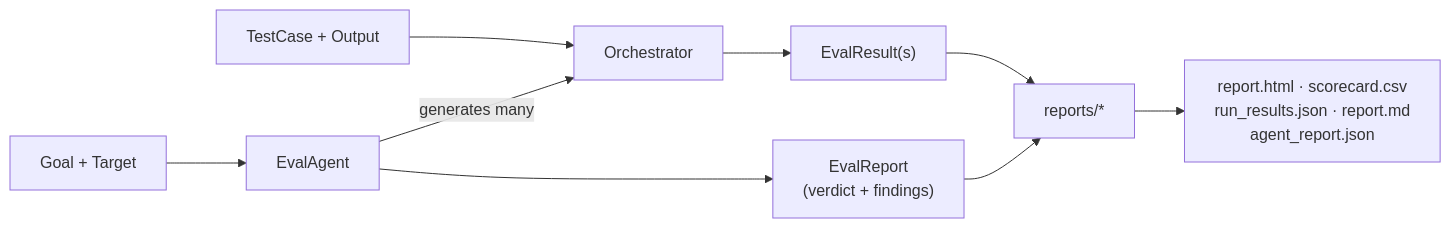
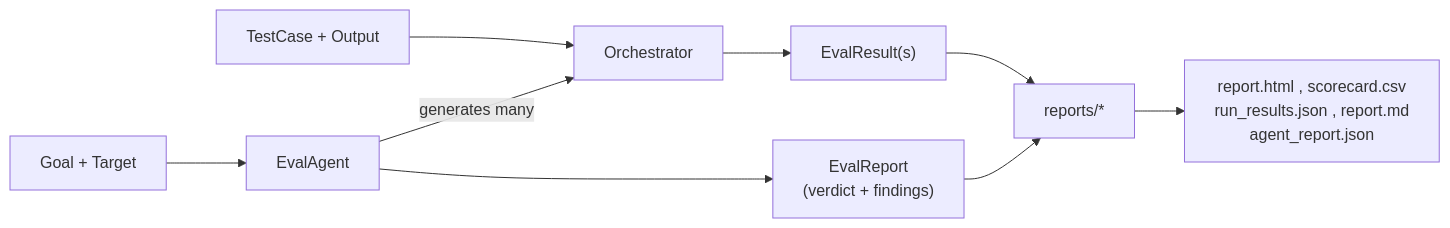
One commit to cutevedha/EvalGrid changed the fifth of 5 diagrams in docs/architecture_visual.md. Above: the diagram before and after it, drawn with Mermaid. The commit also changed other lines of this file and 69 other files, not shown here.

````diff
--- a/docs/architecture_visual.md
+++ b/docs/architecture_visual.md
@@ -326,11 +326,11 @@
 ```mermaid
 graph LR
     GOAL["Goal + Target"] --> AGENT["EvalAgent"]
     TC["TestCase + Output"] --> ORCH["Orchestrator"]
     AGENT -->|generates many| ORCH
     ORCH --> RESULTS["EvalResult(s)"]
     AGENT --> EREPORT["EvalReport<br/>(verdict + findings)"]
     RESULTS --> RENDER["reports/*"]
     EREPORT --> RENDER
-    RENDER --> FILES["report.html · scorecard.csv<br/>run_results.json · report.md<br/>agent_report.json"]
+    RENDER --> FILES["report.html , scorecard.csv<br/>run_results.json , report.md<br/>agent_report.json"]
 ```
````
